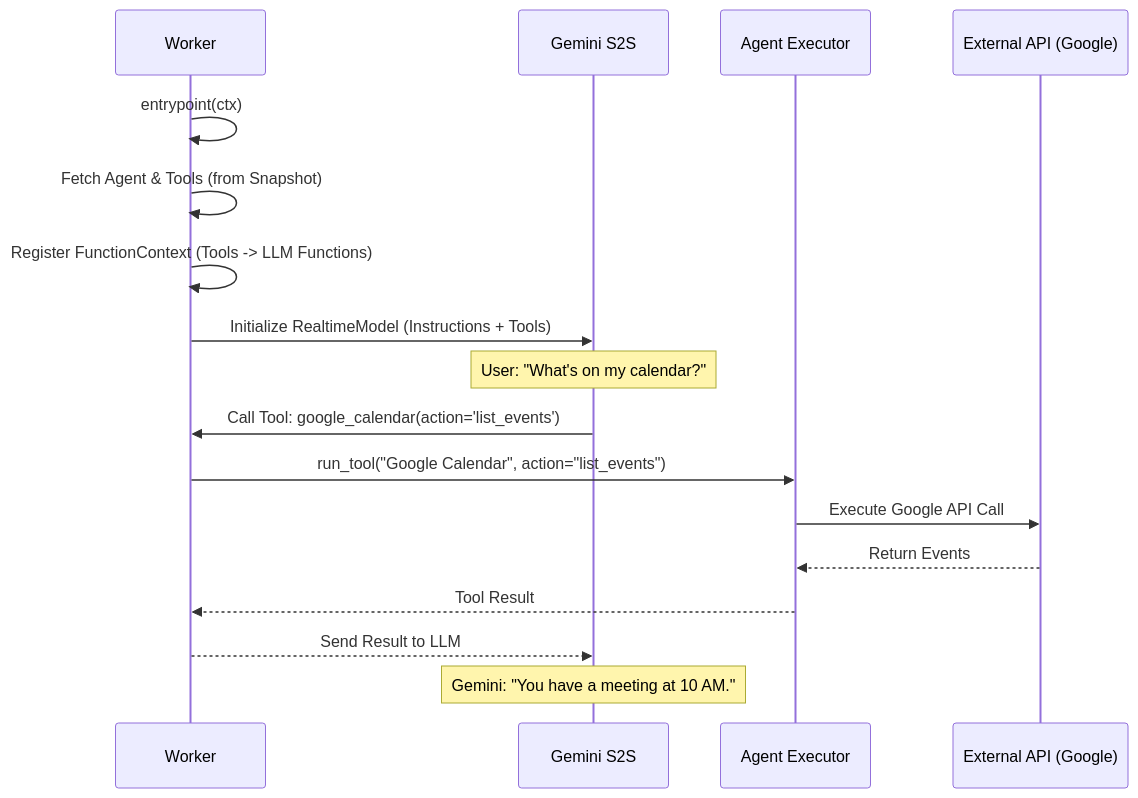
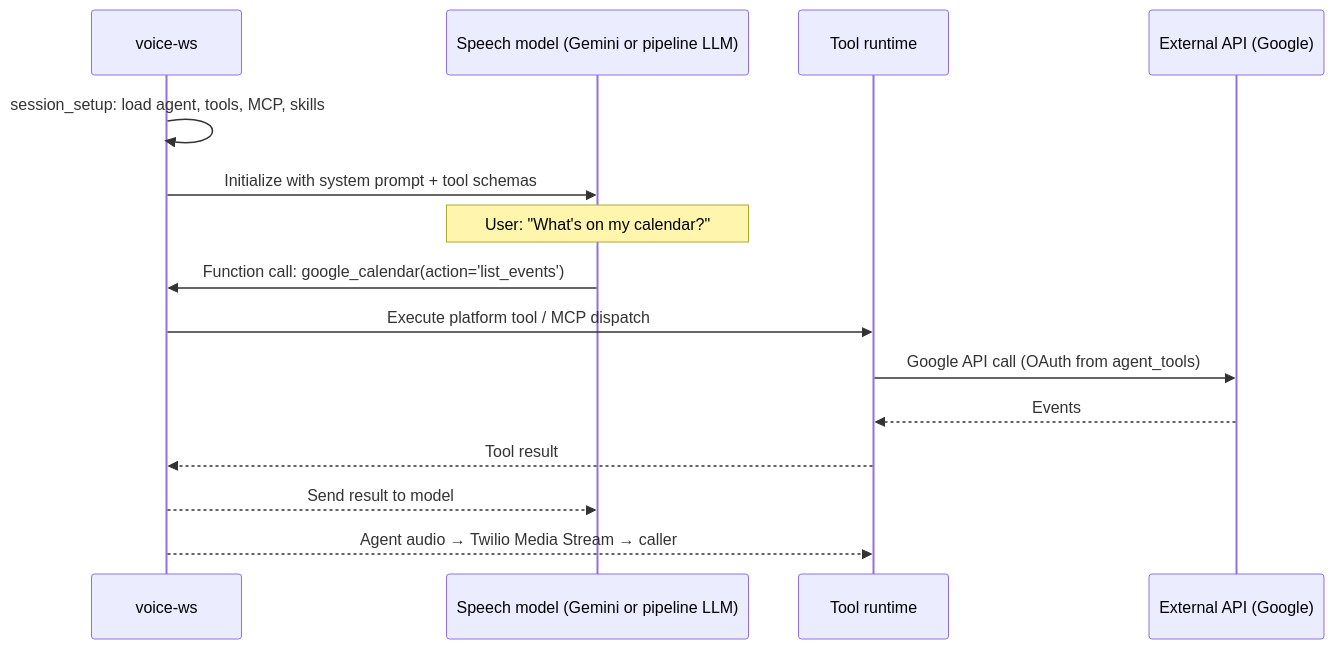
Before and after one commit to gauravdhiman/a1-voice-agent-platform: the third of 3 diagrams in docs/01_architecture/twilio_call_flow.md, drawn with Mermaid. The commit also changed other lines of this file and 163 other files, not shown here.

Commit message:
feat(voice): remove LiveKit worker; Pipecat voice-ws is the only voice runtime

````diff
--- a/docs/01_architecture/twilio_call_flow.md
+++ b/docs/01_architecture/twilio_call_flow.md
@@ -97,23 +99,20 @@
 ```mermaid
 sequenceDiagram
-    participant W as Worker
-    participant G as Gemini S2S
-    participant E as Agent Executor
+    participant V as voice-ws
+    participant M as Speech model (Gemini or pipeline LLM)
+    participant T as Tool runtime
     participant API as External API (Google)
 
-    W->>W: entrypoint(ctx)
-    W->>W: Fetch Agent & Tools (from Snapshot)
-    W->>W: Register FunctionContext (Tools -> LLM Functions)
-    W->>G: Initialize RealtimeModel (Instructions + Tools)
+    V->>V: session_setup: load agent, tools, MCP, skills
+    V->>M: Initialize with system prompt + tool schemas
 
-    Note over G: User: "What's on my calendar?"
+    Note over M: User: "What's on my calendar?"
 
-    G->>W: Call Tool: google_calendar(action='list_events')
-    W->>E: run_tool("Google Calendar", action="list_events")
-    E->>API: Execute Google API Call
-    API-->>E: Return Events
-    E-->>W: Tool Result
-    W-->>G: Send Result to LLM
-
-    Note over G: Gemini: "You have a meeting at 10 AM."
+    M->>V: Function call: google_calendar(action='list_events')
+    V->>T: Execute platform tool / MCP dispatch
+    T->>API: Google API call (OAuth from agent_tools)
+    API-->>T: Events
+    T-->>V: Tool result
+    V-->>M: Send result to model
+    V-->>T: Agent audio → Twilio Media Stream → caller
 ```
````
